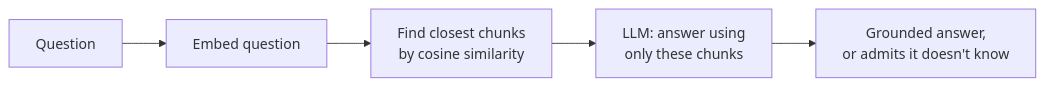
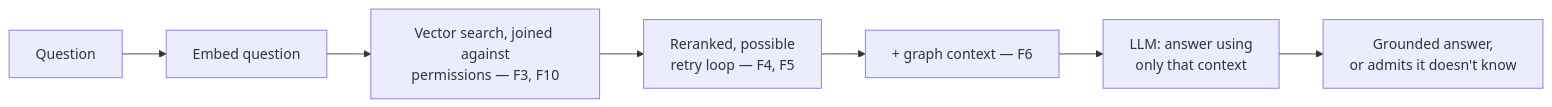
The second of 12 diagrams in knowledge-brain/docs/INTERVIEW_PREP.md (NavdeepTU/genai_projects), drawn with Mermaid before and after one commit. The commit also changed other lines of this file and 2 other files, not shown here.

````diff
--- a/knowledge-brain/docs/INTERVIEW_PREP.md
+++ b/knowledge-brain/docs/INTERVIEW_PREP.md
@@ -111,7 +110,9 @@
 ```mermaid
 flowchart LR
     Q[Question] --> QEMB[Embed question]
-    QEMB --> SEARCH[Find closest chunks<br/>by cosine similarity]
-    SEARCH --> LLM[LLM: answer using<br/>only these chunks]
+    QEMB --> SEARCH["Vector search, joined against<br/>permissions — F3, F10"]
+    SEARCH --> RERANK[Reranked, possible<br/>retry loop — F4, F5]
+    RERANK --> GRAPHCTX[+ graph context — F6]
+    GRAPHCTX --> LLM[LLM: answer using<br/>only that context]
     LLM --> ANS[Grounded answer,<br/>or admits it doesn't know]
 ```
````
